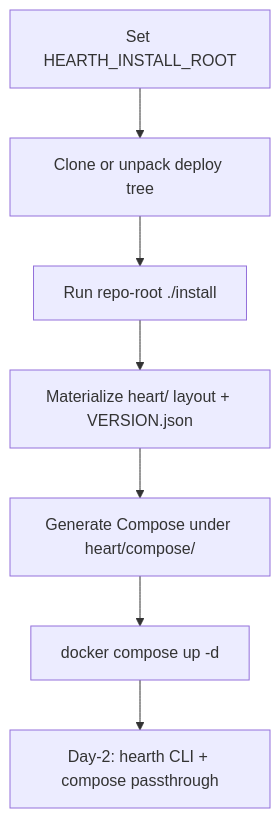
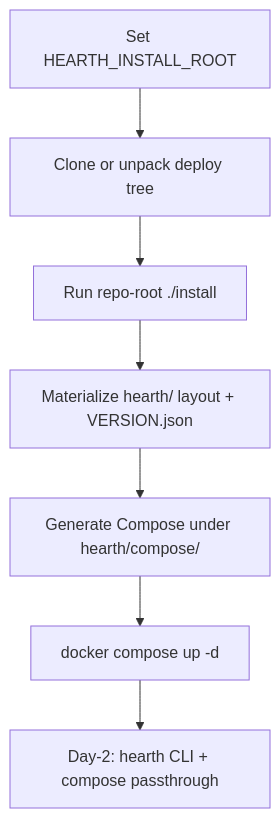
Before and after one commit to mcelhennyi/hearth: the second of 3 diagrams in docs/design/deployment.md, drawn with Mermaid. The commit also changed other lines of this file and 34 other files, not shown here.

First line of the commit message:
fix(design): rename install tree heart/ → hearth/ (HRT-DEP-001)

````diff
--- a/docs/design/deployment.md
+++ b/docs/design/deployment.md
@@ -111,9 +117,9 @@
 ```mermaid
 flowchart TD
   A[Set HEARTH_INSTALL_ROOT] --> B[Clone or unpack deploy tree]
   B --> C[Run repo-root ./install]
-  C --> D["Materialize heart/ layout + VERSION.json"]
-  D --> E["Generate Compose under heart/compose/"]
+  C --> D["Materialize hearth/ layout + VERSION.json"]
+  D --> E["Generate Compose under hearth/compose/"]
   E --> F[docker compose up -d]
   F --> G[Day-2: hearth CLI + compose passthrough]
 ```
````
